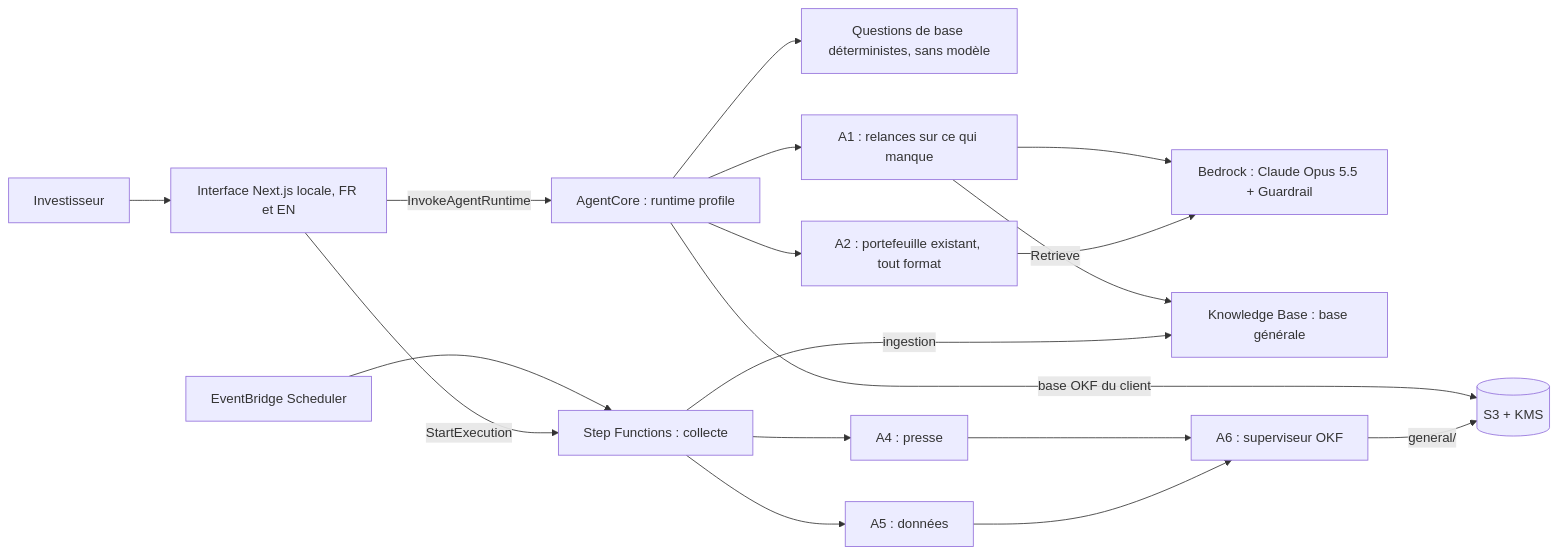
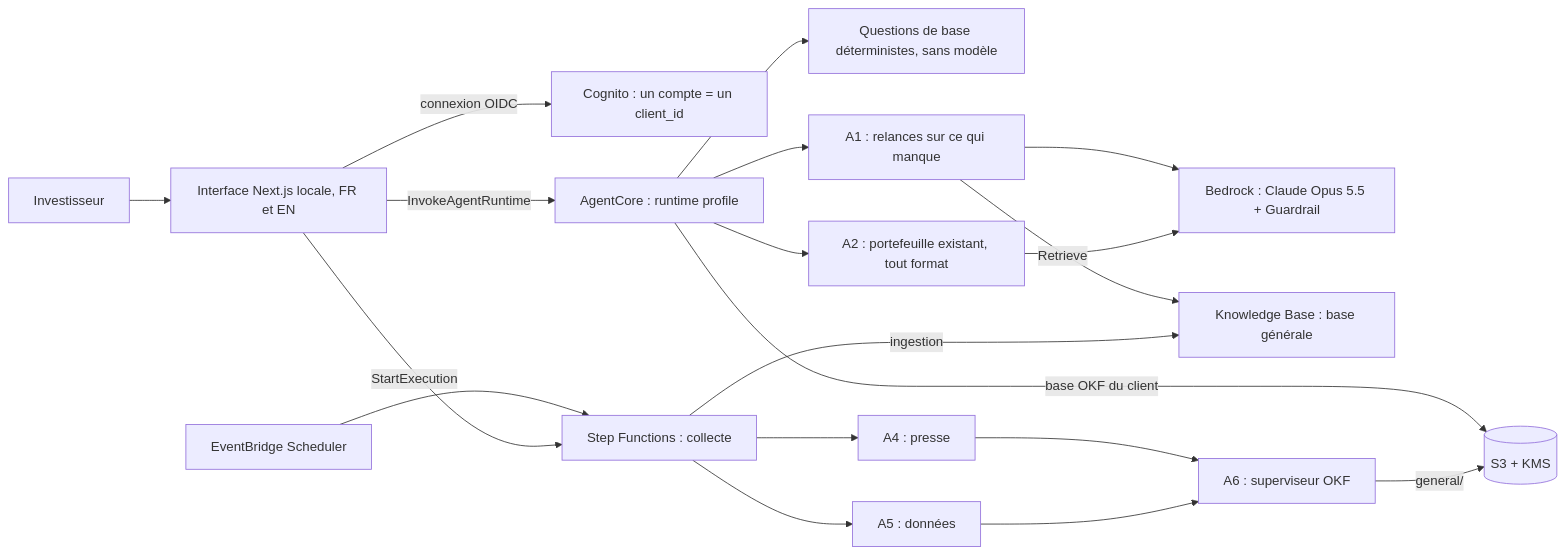
The diagram in README.md (sf-bit24/alphaforge-polyfinances-2026), drawn with Mermaid before and after one commit. The commit also changed other lines of this file and 1 other file, not shown here.

First line of the commit message:
docs(contrats): identité et connexion (section 7.1)

````diff
--- a/README.md
+++ b/README.md
@@ -19,20 +19,21 @@
 ```mermaid
 flowchart LR
     U["Investisseur"] --> W["Interface Next.js locale, FR et EN"]
+    W -->|"connexion OIDC"| COG["Cognito : un compte = un client_id"]
     W -->|"InvokeAgentRuntime"| P["AgentCore : runtime profile"]
     P --> Q["Questions de base déterministes, sans modèle"]
     P --> A1["A1 : relances sur ce qui manque"]
     P --> A2["A2 : portefeuille existant, tout format"]
     A1 --> M["Bedrock : Claude Opus 5.5 + Guardrail"]
     A2 --> M
     P -->|"base OKF du client"| S3[("S3 + KMS")]
     A1 -->|"Retrieve"| KB["Knowledge Base : base générale"]
     SCH["EventBridge Scheduler"] --> SF["Step Functions : collecte"]
     W -->|"StartExecution"| SF
     SF --> A4["A4 : presse"]
     SF --> A5["A5 : données"]
     A4 --> A6["A6 : superviseur OKF"]
     A5 --> A6
     A6 -->|"general/"| S3
     SF -->|"ingestion"| KB
 ```
````
